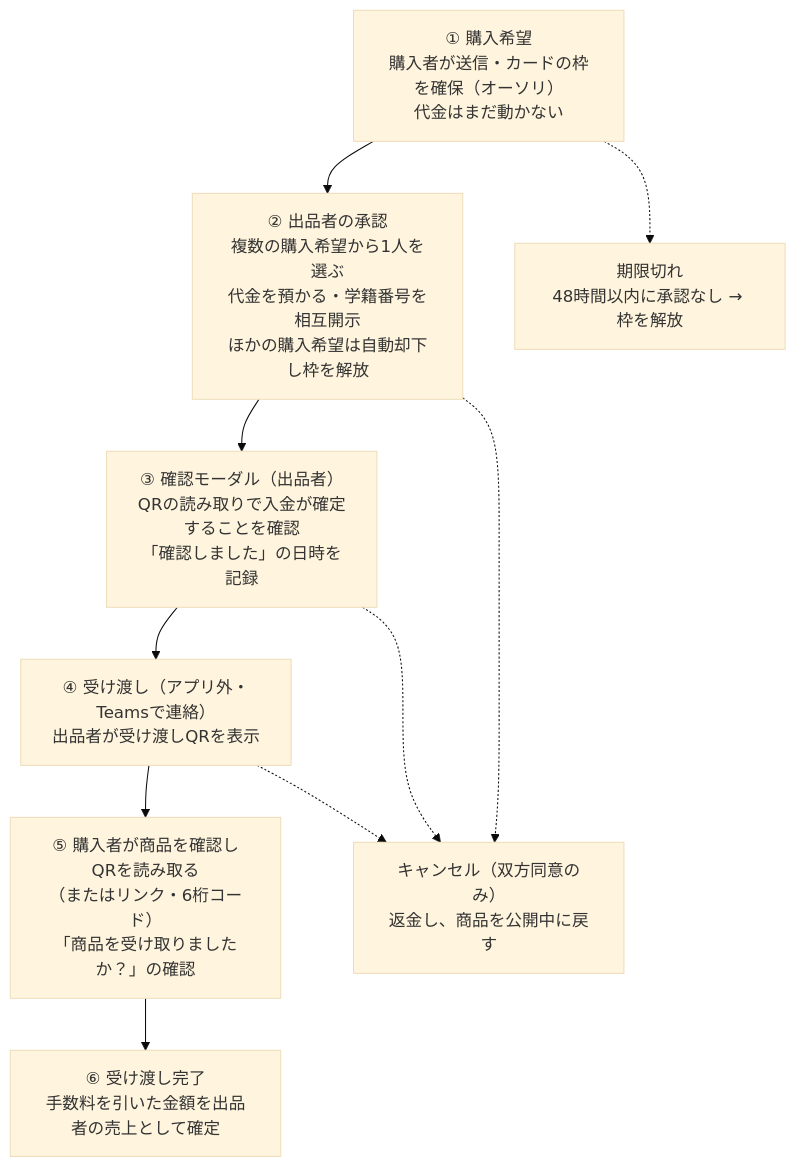
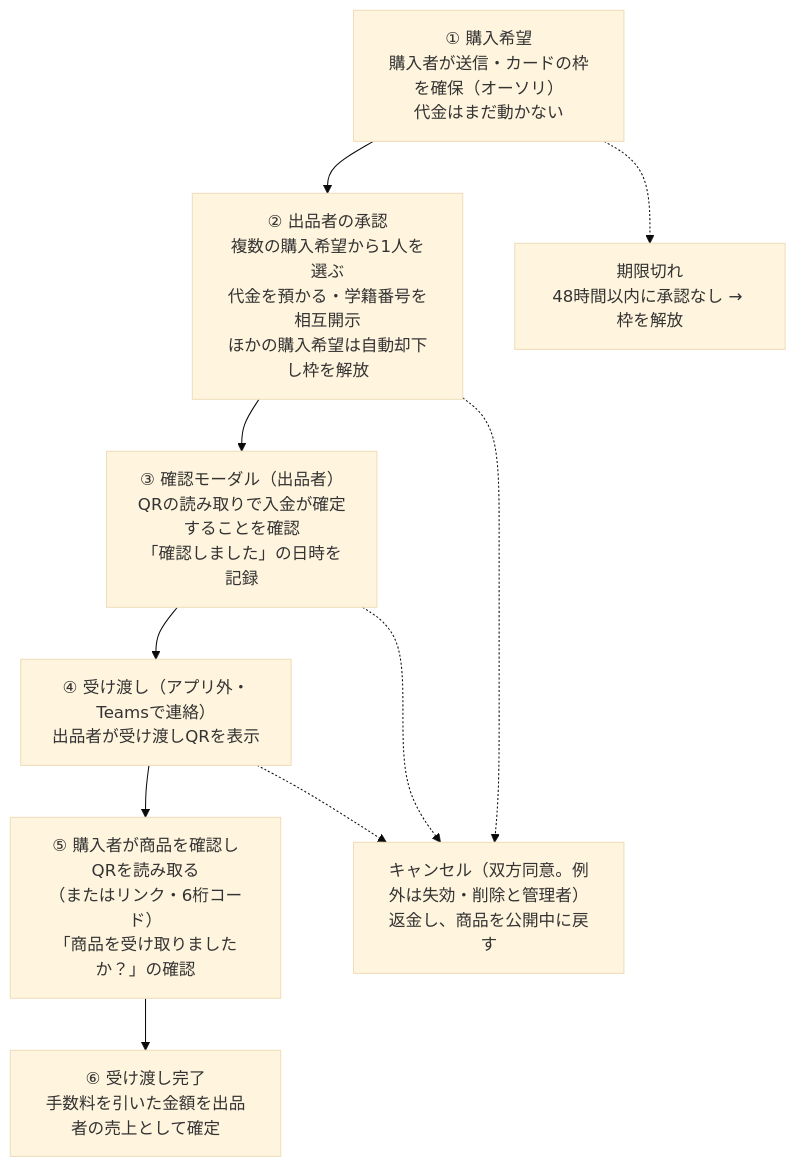
Before and after one commit to takuma0403/osagari_web: the first of 3 diagrams in docs/product/05-deal-flow.md, drawn with Mermaid (base theme).

Commit message:
📝 docs: 取引の流れの図にキャンセルの例外を書き足す DEAL-4 (#36)

````diff
--- a/docs/product/05-deal-flow.md
+++ b/docs/product/05-deal-flow.md
@@ -13,16 +13,16 @@
 ```mermaid
 flowchart TD
   S1["① 購入希望<br/>購入者が送信・カードの枠を確保（オーソリ）<br/>代金はまだ動かない"]
   S2["② 出品者の承認<br/>複数の購入希望から1人を選ぶ<br/>代金を預かる・学籍番号を相互開示<br/>ほかの購入希望は自動却下し枠を解放"]
   S3["③ 確認モーダル（出品者）<br/>QRの読み取りで入金が確定することを確認<br/>「確認しました」の日時を記録"]
   S4["④ 受け渡し（アプリ外・Teamsで連絡）<br/>出品者が受け渡しQRを表示"]
   S5["⑤ 購入者が商品を確認しQRを読み取る<br/>（またはリンク・6桁コード）<br/>「商品を受け取りましたか？」の確認"]
   S6["⑥ 受け渡し完了<br/>手数料を引いた金額を出品者の売上として確定"]
   X1["期限切れ<br/>48時間以内に承認なし → 枠を解放"]
-  XC["キャンセル（双方同意のみ）<br/>返金し、商品を公開中に戻す"]
+  XC["キャンセル（双方同意。例外は失効・削除と管理者）<br/>返金し、商品を公開中に戻す"]
   S1 --> S2 --> S3 --> S4 --> S5 --> S6
   S1 -.-> X1
   S2 -.-> XC
   S3 -.-> XC
   S4 -.-> XC
 ```
````
